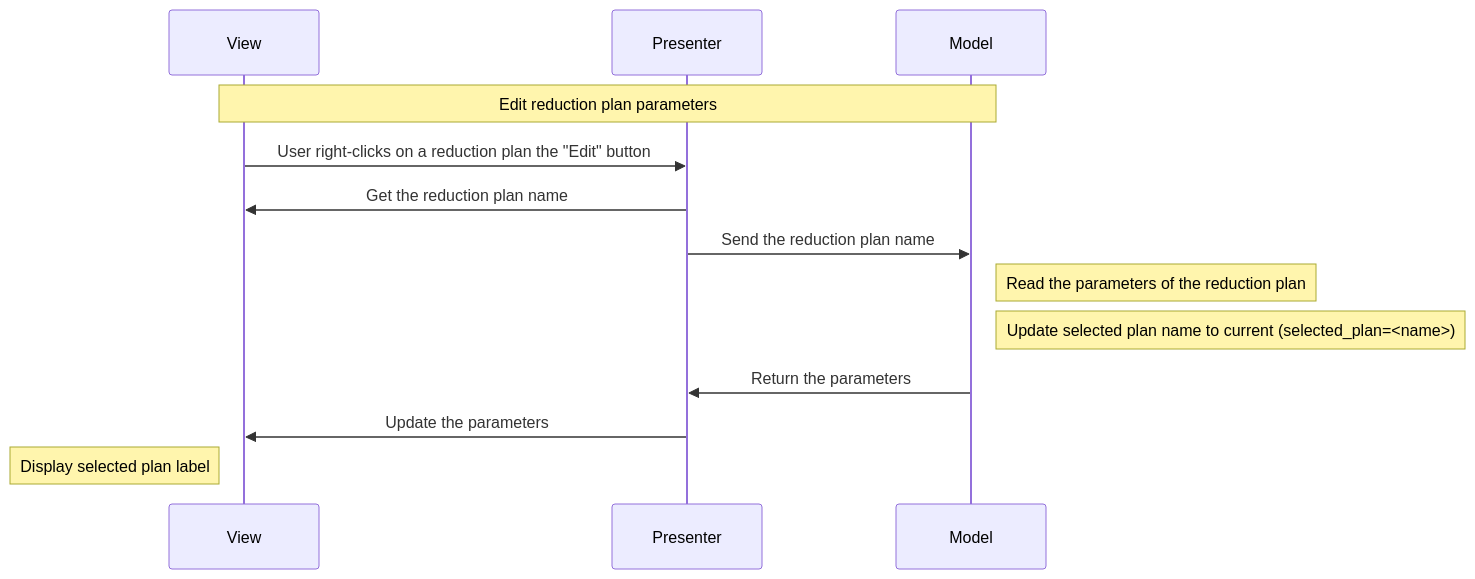
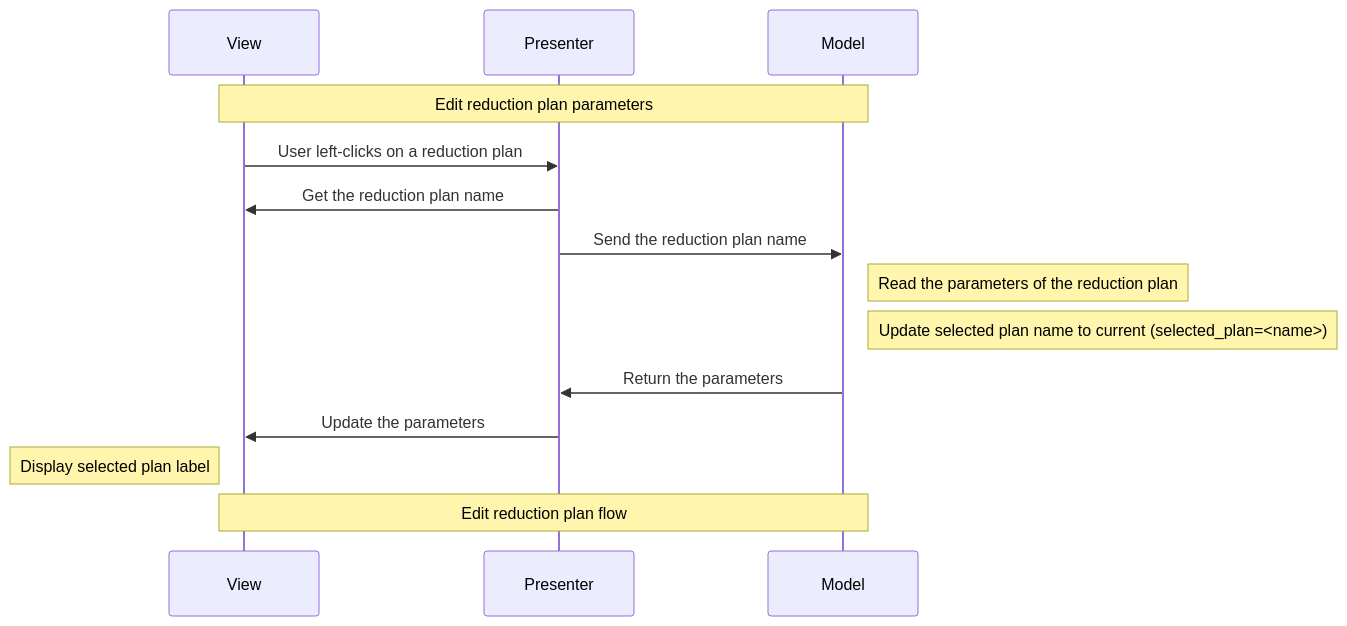
Before and after one commit to neutrons/garnet: the tenth of 13 diagrams in docs/source/design/reduction_plan_mvp.rst, drawn with Mermaid. The commit also changed other lines of this file, not shown here.

```diff
--- a/docs/source/design/reduction_plan_mvp.rst
+++ b/docs/source/design/reduction_plan_mvp.rst
@@ -436,16 +434,17 @@
     .. mermaid::
 
         sequenceDiagram
             participant View
             participant Presenter
             participant Model
 
             Note over View,Model: Edit reduction plan parameters
-            View->>Presenter: User right-clicks on a reduction plan the "Edit" button
+            View->>Presenter: User left-clicks on a reduction plan
             Presenter->>View: Get the reduction plan name
             Presenter->>Model: Send the reduction plan name
             Note right of Model: Read the parameters of the reduction plan
             Note right of Model: Update selected plan name to current (selected_plan=<name>)
             Model->>Presenter: Return the parameters
             Presenter->>View: Update the parameters
             Note left of View: Display selected plan label
+            Note over View,Model: Edit reduction plan flow
```
